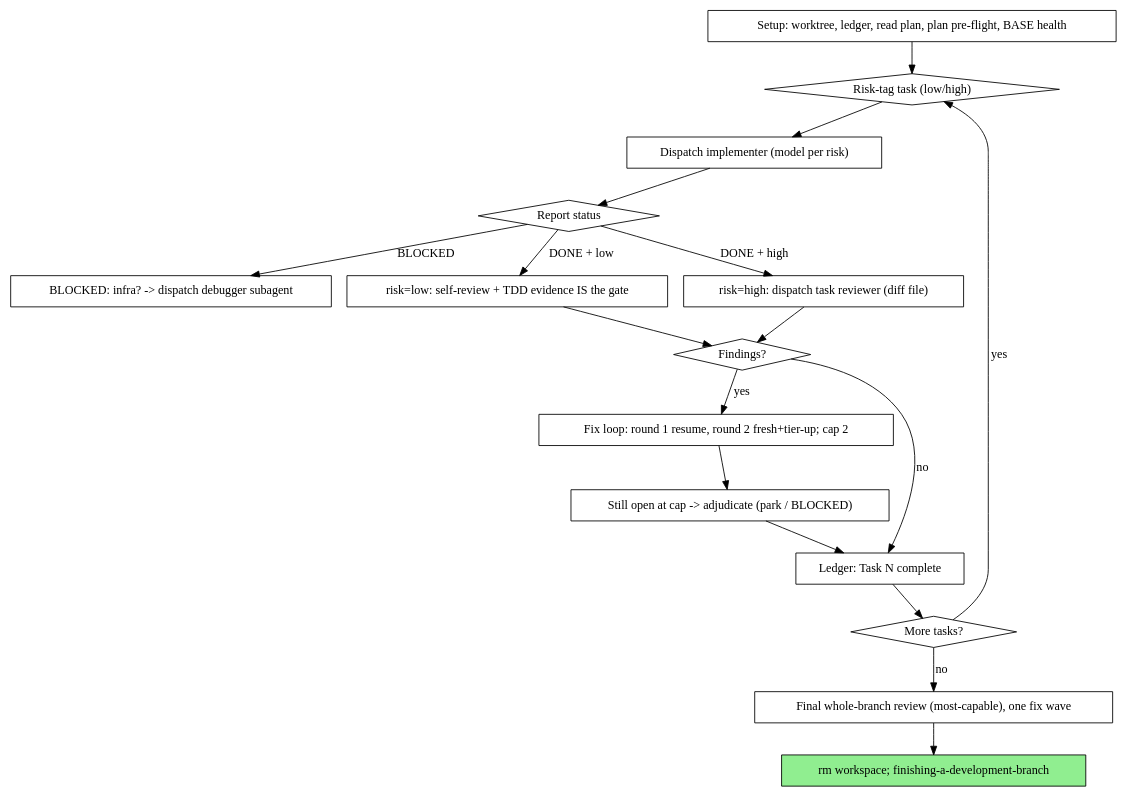
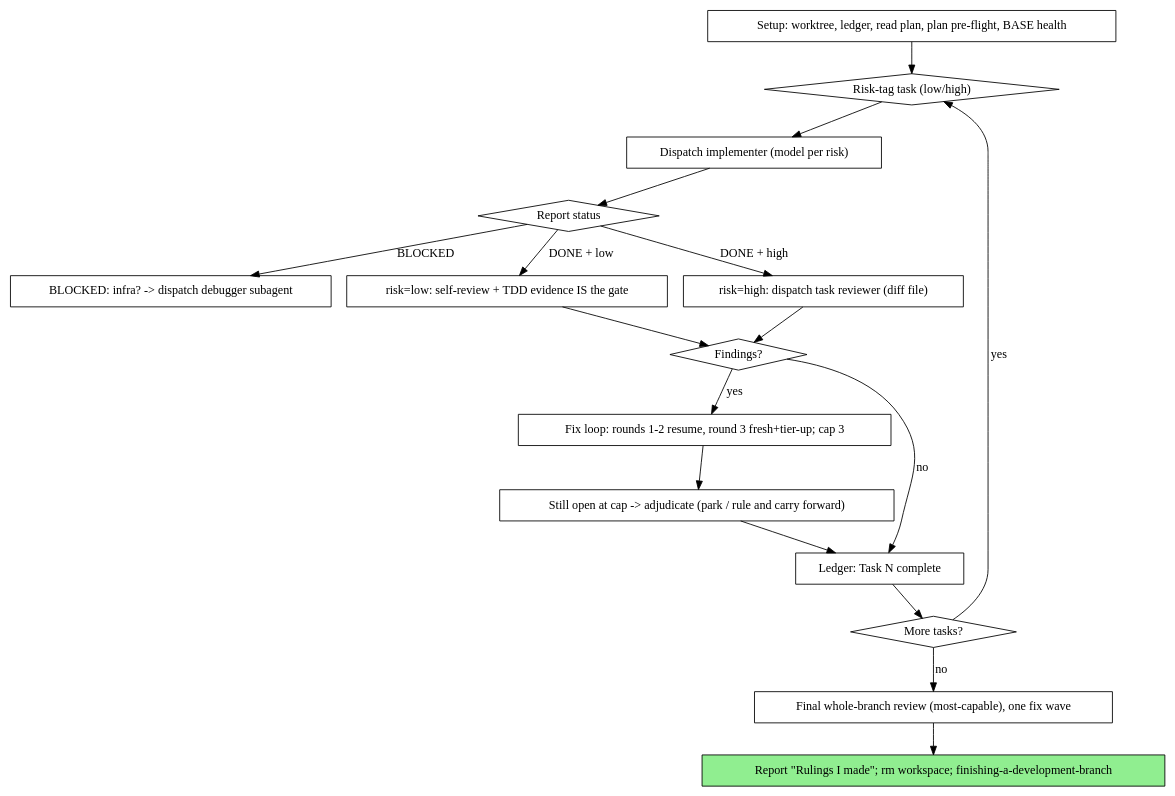
One commit to rong5026/superpowers-custom changed the second of 2 diagrams in skills/subagent-driven-development/references/workflow.md. Above: the diagram before and after it, drawn with Graphviz. The commit also changed 15 other files, not shown here.

````diff
--- a/skills/subagent-driven-development/references/workflow.md
+++ b/skills/subagent-driven-development/references/workflow.md
@@ -27,36 +27,36 @@
 ```dot
 digraph process {
     rankdir=TB;
     "Setup: worktree, ledger, read plan, plan pre-flight, BASE health" [shape=box];
     "Risk-tag task (low/high)" [shape=diamond];
     "Dispatch implementer (model per risk)" [shape=box];
     "Report status" [shape=diamond];
     "BLOCKED: infra? -> dispatch debugger subagent" [shape=box];
     "risk=low: self-review + TDD evidence IS the gate" [shape=box];
     "risk=high: dispatch task reviewer (diff file)" [shape=box];
     "Findings?" [shape=diamond];
-    "Fix loop: round 1 resume, round 2 fresh+tier-up; cap 2" [shape=box];
-    "Still open at cap -> adjudicate (park / BLOCKED)" [shape=box];
+    "Fix loop: rounds 1-2 resume, round 3 fresh+tier-up; cap 3" [shape=box];
+    "Still open at cap -> adjudicate (park / rule and carry forward)" [shape=box];
     "Ledger: Task N complete" [shape=box];
     "More tasks?" [shape=diamond];
     "Final whole-branch review (most-capable), one fix wave" [shape=box];
-    "rm workspace; finishing-a-development-branch" [shape=box style=filled fillcolor=lightgreen];
+    "Report \"Rulings I made\"; rm workspace; finishing-a-development-branch" [shape=box style=filled fillcolor=lightgreen];
 
     "Setup: worktree, ledger, read plan, plan pre-flight, BASE health" -> "Risk-tag task (low/high)";
     "Risk-tag task (low/high)" -> "Dispatch implementer (model per risk)";
     "Dispatch implementer (model per risk)" -> "Report status";
     "Report status" -> "BLOCKED: infra? -> dispatch debugger subagent" [label="BLOCKED"];
     "Report status" -> "risk=low: self-review + TDD evidence IS the gate" [label="DONE + low"];
     "Report status" -> "risk=high: dispatch task reviewer (diff file)" [label="DONE + high"];
     "risk=low: self-review + TDD evidence IS the gate" -> "Findings?";
     "risk=high: dispatch task reviewer (diff file)" -> "Findings?";
-    "Findings?" -> "Fix loop: round 1 resume, round 2 fresh+tier-up; cap 2" [label="yes"];
+    "Findings?" -> "Fix loop: rounds 1-2 resume, round 3 fresh+tier-up; cap 3" [label="yes"];
     "Findings?" -> "Ledger: Task N complete" [label="no"];
-    "Fix loop: round 1 resume, round 2 fresh+tier-up; cap 2" -> "Still open at cap -> adjudicate (park / BLOCKED)";
-    "Still open at cap -> adjudicate (park / BLOCKED)" -> "Ledger: Task N complete";
+    "Fix loop: rounds 1-2 resume, round 3 fresh+tier-up; cap 3" -> "Still open at cap -> adjudicate (park / rule and carry forward)";
+    "Still open at cap -> adjudicate (park / rule and carry forward)" -> "Ledger: Task N complete";
     "Ledger: Task N complete" -> "More tasks?";
     "More tasks?" -> "Risk-tag task (low/high)" [label="yes"];
     "More tasks?" -> "Final whole-branch review (most-capable), one fix wave" [label="no"];
-    "Final whole-branch review (most-capable), one fix wave" -> "rm workspace; finishing-a-development-branch";
+    "Final whole-branch review (most-capable), one fix wave" -> "Report \"Rulings I made\"; rm workspace; finishing-a-development-branch";
 }
 ```
````
